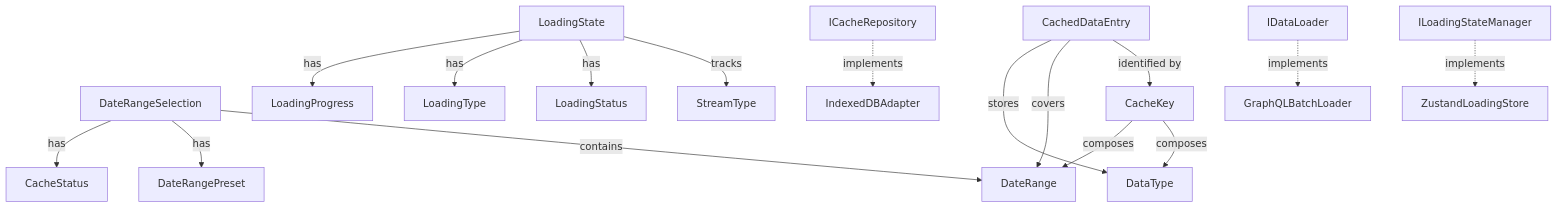
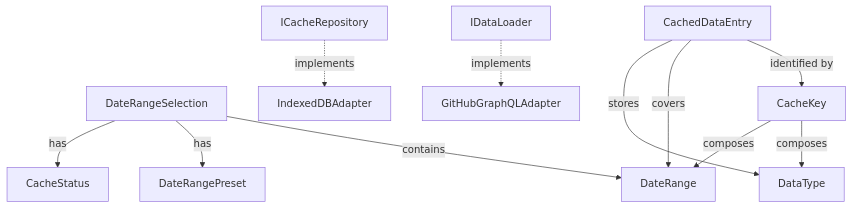
Before and after one commit to nakai95/team-insights: the diagram in specs/007-progressive-loading/data-model.md, drawn with Mermaid. The commit also changed other lines of this file and 9 other files, not shown here.

````diff
--- a/specs/007-progressive-loading/data-model.md
+++ b/specs/007-progressive-loading/data-model.md
@@ -522,22 +345,16 @@
 ```mermaid
 graph TD
     DateRangeSelection -->|contains| DateRange
     DateRangeSelection -->|has| DateRangePreset
     DateRangeSelection -->|has| CacheStatus
 
     CachedDataEntry -->|identified by| CacheKey
     CachedDataEntry -->|covers| DateRange
     CachedDataEntry -->|stores| DataType
 
-    LoadingState -->|tracks| StreamType
-    LoadingState -->|has| LoadingStatus
-    LoadingState -->|has| LoadingType
-    LoadingState -->|has| LoadingProgress
-
     CacheKey -->|composes| DataType
     CacheKey -->|composes| DateRange
 
     ICacheRepository -.implements.-> IndexedDBAdapter
-    IDataLoader -.implements.-> GraphQLBatchLoader
-    ILoadingStateManager -.implements.-> ZustandLoadingStore
+    IDataLoader -.implements.-> GitHubGraphQLAdapter
 ```
````
